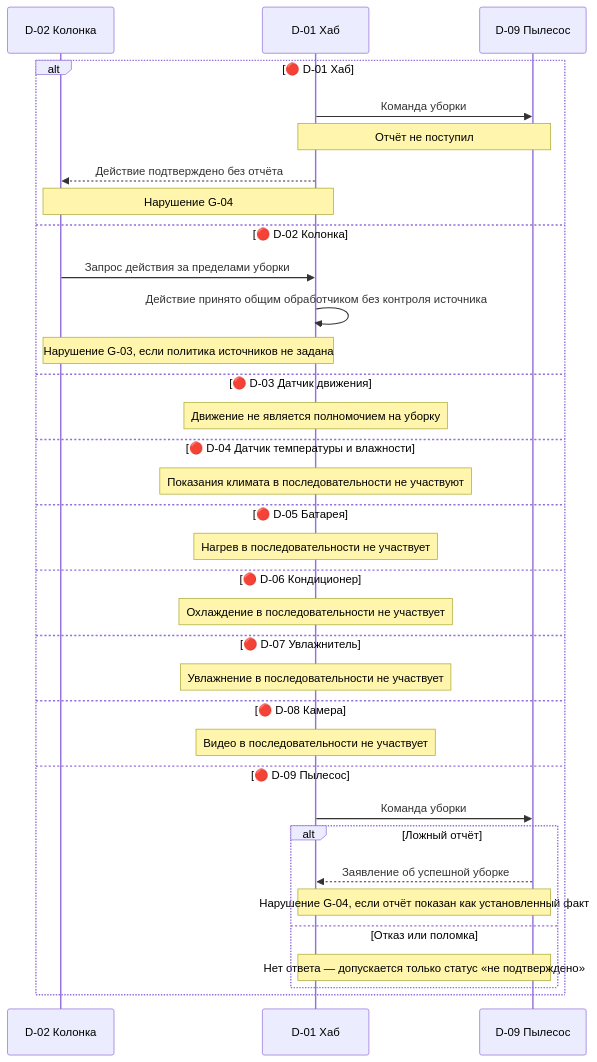
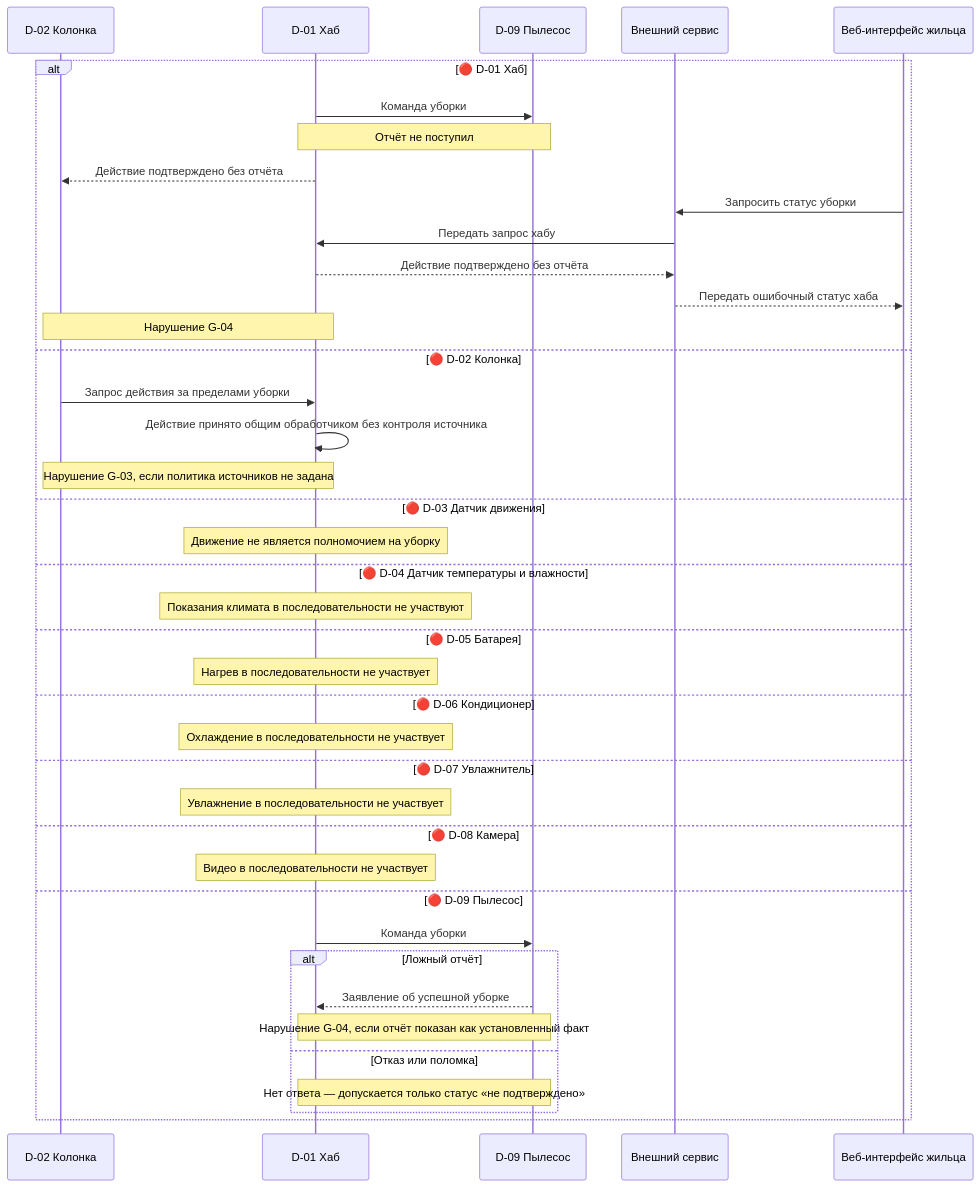
Before and after one commit to BPLA-Team/carrot-apples: the diagram in contractor_side/negative_scenarios/S03_VOICE_CLEANING.md, drawn with Mermaid. The commit also changed 22 other files, not shown here.

Commit message:
docs(architecture): document web access through the external service

````diff
--- a/contractor_side/negative_scenarios/S03_VOICE_CLEANING.md
+++ b/contractor_side/negative_scenarios/S03_VOICE_CLEANING.md
@@ -3,36 +3,42 @@
 ```mermaid
 sequenceDiagram
     participant K as D-02 Колонка
     participant H as D-01 Хаб
     participant V as D-09 Пылесос
+    participant S as Внешний сервис
+    participant W as Веб-интерфейс жильца
     alt 🔴 D-01 Хаб
         H->>V: Команда уборки
         Note over H,V: Отчёт не поступил
         H-->>K: Действие подтверждено без отчёта
+        W->>S: Запросить статус уборки
+        S->>H: Передать запрос хабу
+        H-->>S: Действие подтверждено без отчёта
+        S-->>W: Передать ошибочный статус хаба
         Note over K,H: Нарушение G-04
     else 🔴 D-02 Колонка
         K->>H: Запрос действия за пределами уборки
         H->>H: Действие принято общим обработчиком без контроля источника
         Note over K,H: Нарушение G-03, если политика источников не задана
     else 🔴 D-03 Датчик движения
         Note over H: Движение не является полномочием на уборку
     else 🔴 D-04 Датчик температуры и влажности
         Note over H: Показания климата в последовательности не участвуют
     else 🔴 D-05 Батарея
         Note over H: Нагрев в последовательности не участвует
     else 🔴 D-06 Кондиционер
         Note over H: Охлаждение в последовательности не участвует
     else 🔴 D-07 Увлажнитель
         Note over H: Увлажнение в последовательности не участвует
     else 🔴 D-08 Камера
         Note over H: Видео в последовательности не участвует
     else 🔴 D-09 Пылесос
         H->>V: Команда уборки
         alt Ложный отчёт
             V-->>H: Заявление об успешной уборке
             Note over H,V: Нарушение G-04, если отчёт показан как установленный факт
         else Отказ или поломка
             Note over H,V: Нет ответа — допускается только статус «не подтверждено»
         end
     end
 ```
````
